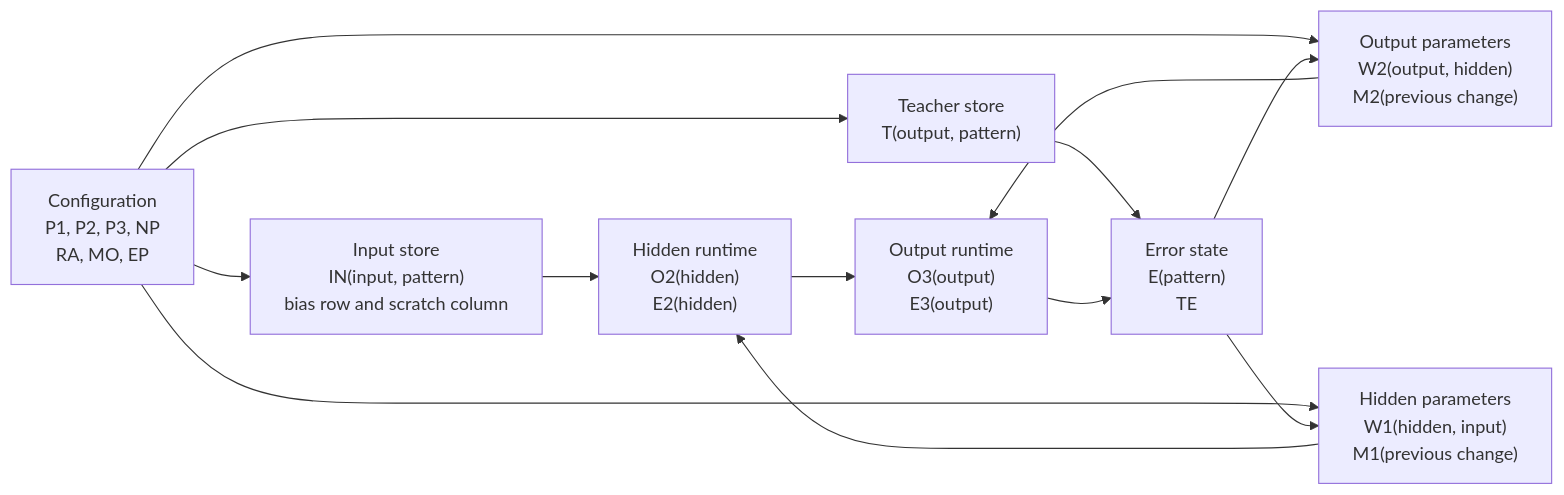
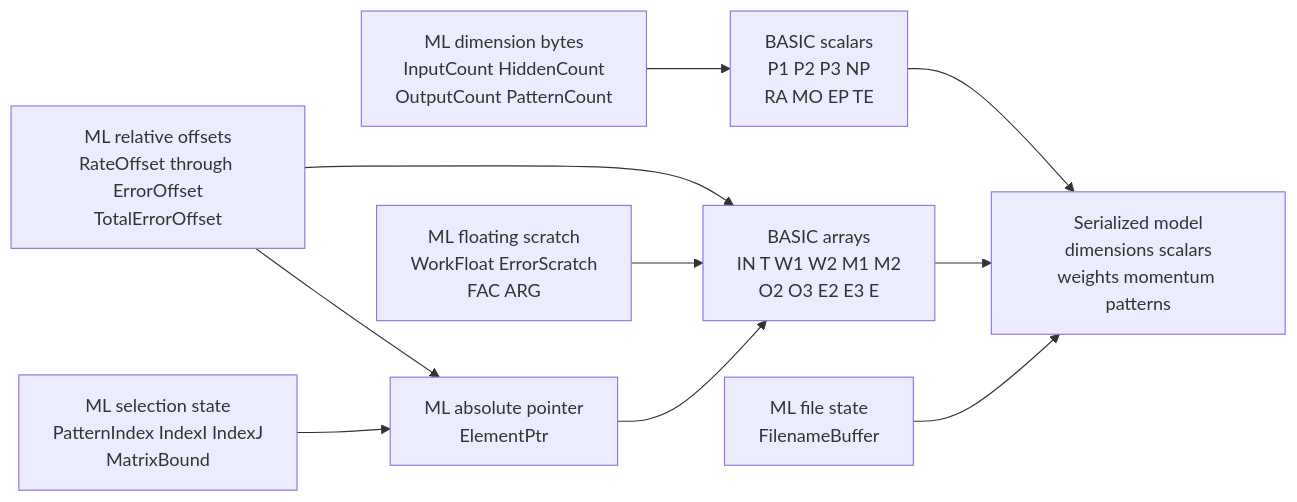
The first of 51 diagrams in docs/Diagrams/BP-ML-Activity-Diagrams.md (sharpninja/NeuralNetworks), drawn with Mermaid before and after one commit. The commit also changed other lines of this file and 10 other files, not shown here.

````diff
--- a/docs/Diagrams/BP-ML-Activity-Diagrams.md
+++ b/docs/Diagrams/BP-ML-Activity-Diagrams.md
@@ -40,15 +84,12 @@
 ```mermaid
 flowchart LR
-    CFG["Configuration<br/>P1, P2, P3, NP<br/>RA, MO, EP"] --> IN["Input store<br/>IN(input, pattern)<br/>bias row and scratch column"]
-    CFG --> T["Teacher store<br/>T(output, pattern)"]
-    CFG --> W1["Hidden parameters<br/>W1(hidden, input)<br/>M1(previous change)"]
-    CFG --> W2["Output parameters<br/>W2(output, hidden)<br/>M2(previous change)"]
-    IN --> H["Hidden runtime<br/>O2(hidden)<br/>E2(hidden)"]
-    W1 --> H
-    H --> O["Output runtime<br/>O3(output)<br/>E3(output)"]
-    W2 --> O
-    T --> ERR["Error state<br/>E(pattern)<br/>TE"]
-    O --> ERR
-    ERR --> W2
-    ERR --> W1
+    DIMS["ML dimension bytes<br/>InputCount HiddenCount<br/>OutputCount PatternCount"] --> CFG["BASIC scalars<br/>P1 P2 P3 NP<br/>RA MO EP TE"]
+    OFF["ML relative offsets<br/>RateOffset through ErrorOffset<br/>TotalErrorOffset"] --> ARR["BASIC arrays<br/>IN T W1 W2 M1 M2<br/>O2 O3 E2 E3 E"]
+    IDX["ML selection state<br/>PatternIndex IndexI IndexJ<br/>MatrixBound"] --> PTR["ML absolute pointer<br/>ElementPtr"]
+    OFF --> PTR
+    PTR --> ARR
+    SCR["ML floating scratch<br/>WorkFloat ErrorScratch<br/>FAC ARG"] --> ARR
+    IO["ML file state<br/>FilenameBuffer"] --> SNAP["Serialized model<br/>dimensions scalars<br/>weights momentum patterns"]
+    ARR --> SNAP
+    CFG --> SNAP
 ```
````
